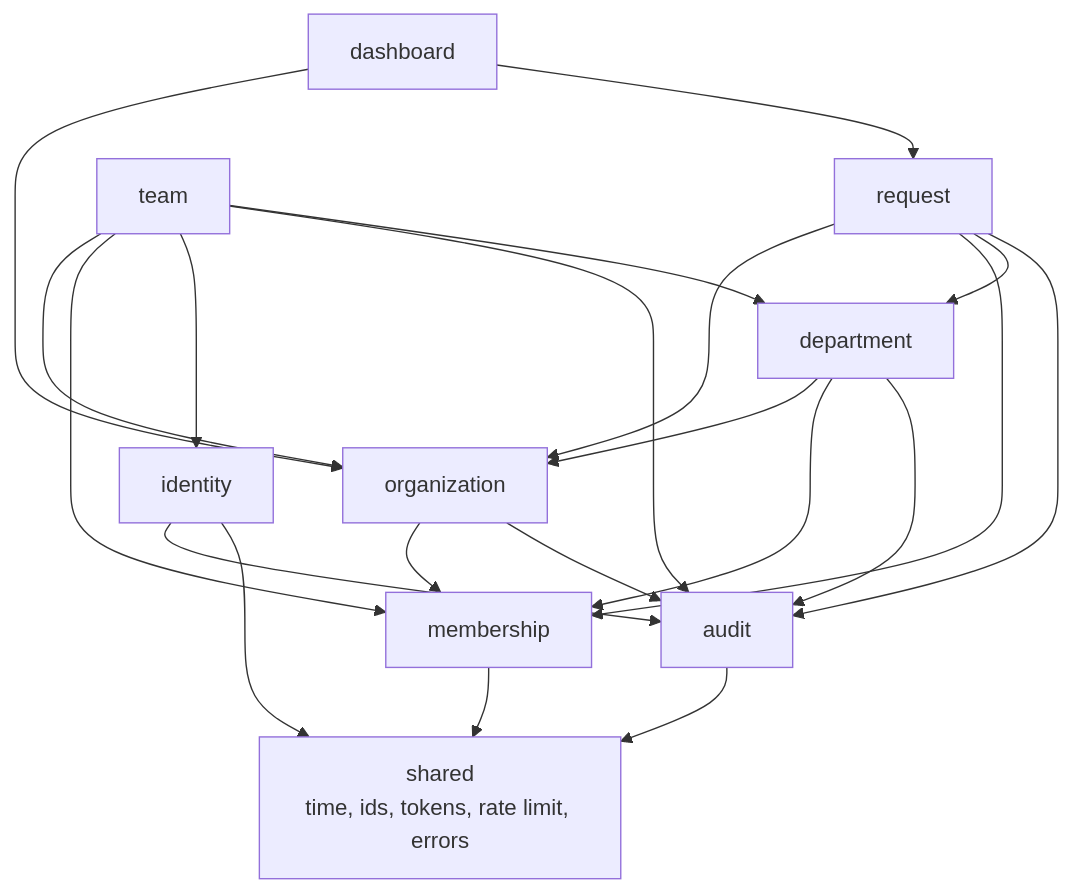
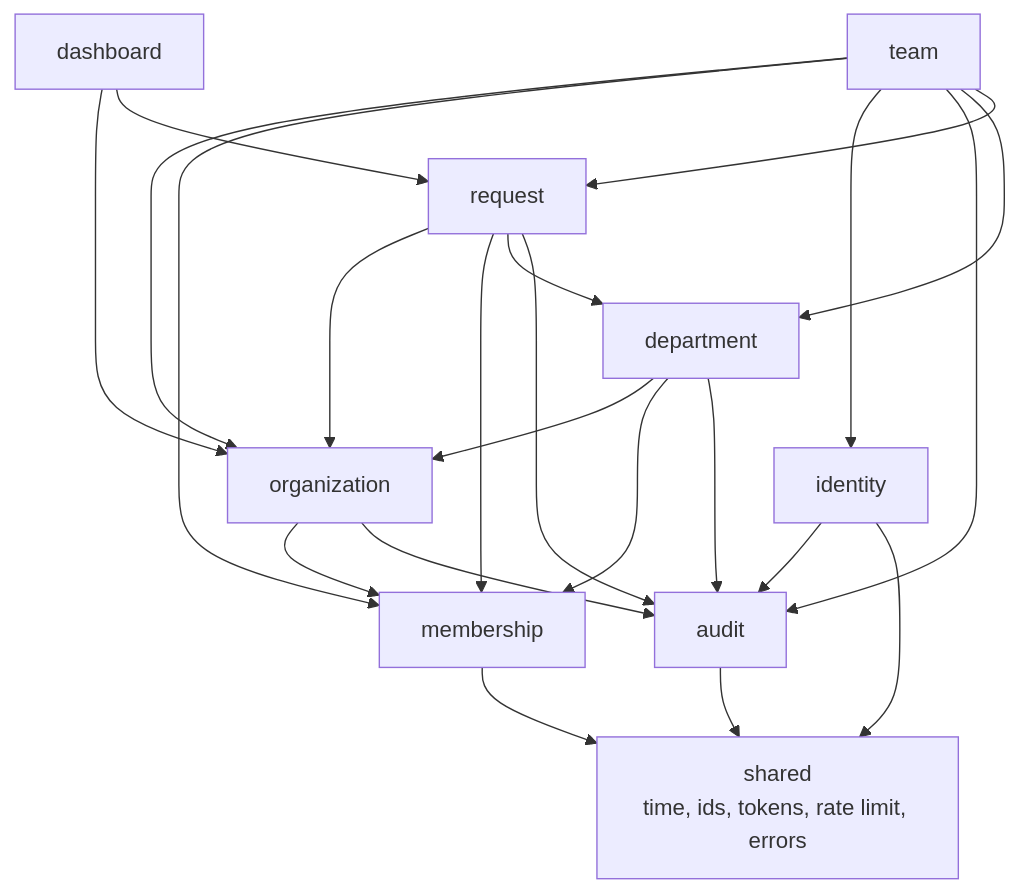
The second of 2 diagrams in docs/architecture.md (youssef-naj/nexus), drawn with Mermaid before and after one commit. The commit also changed other lines of this file and 51 other files, not shown here.

````diff
--- a/docs/architecture.md
+++ b/docs/architecture.md
@@ -44,24 +44,25 @@
 ```mermaid
 flowchart TD
   shared["shared<br/>time, ids, tokens, rate limit, errors"]
   audit --> shared
   identity --> audit
   identity --> shared
   membership --> shared
   organization --> membership
   organization --> audit
   department --> organization
   department --> membership
   department --> audit
   request --> organization
   request --> membership
   request --> department
   request --> audit
   dashboard --> organization
   dashboard --> request
   team --> organization
   team --> membership
   team --> identity
   team --> audit
   team --> department
+  team --> request
 ```
````
